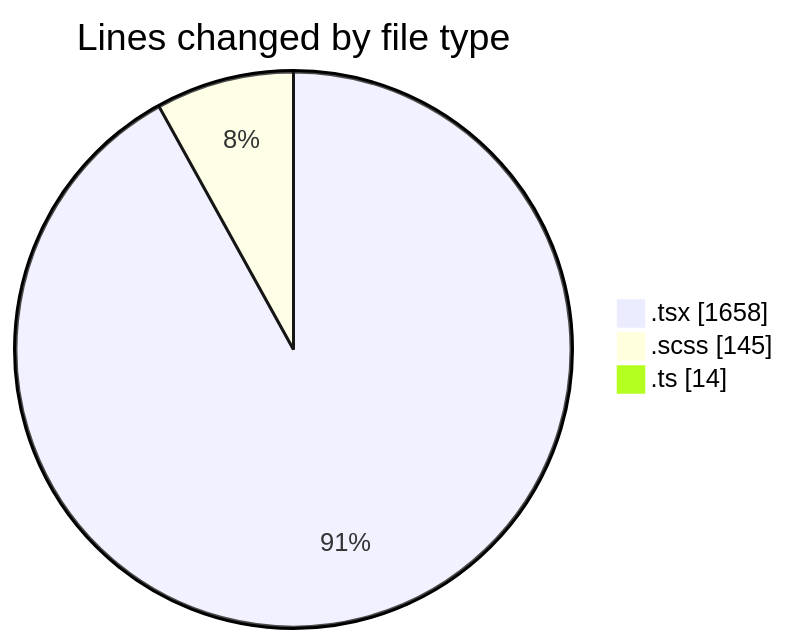
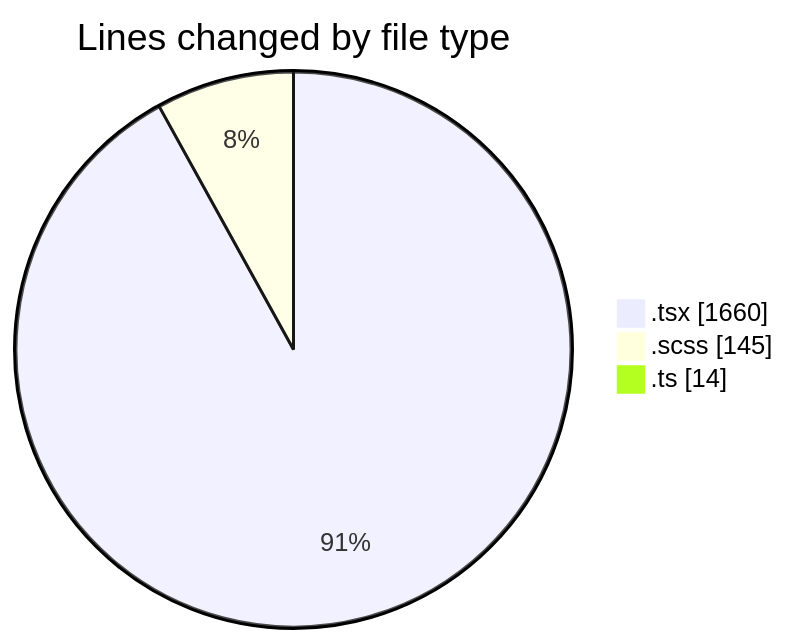
The first of 2 diagrams in 2025-03-20/cda/README.md (momahboobian/code-tracking), drawn with Mermaid before and after one commit. The commit also changed other lines of this file and 1 other file, not shown here.

````diff
--- a/2025-03-20/cda/README.md
+++ b/2025-03-20/cda/README.md
@@ -25,7 +25,7 @@
 ```mermaid
 pie showData
 title Lines changed by file type
-".tsx" : 1658
+".tsx" : 1660
 ".scss" : 145
 ".ts" : 14
 ```
````
